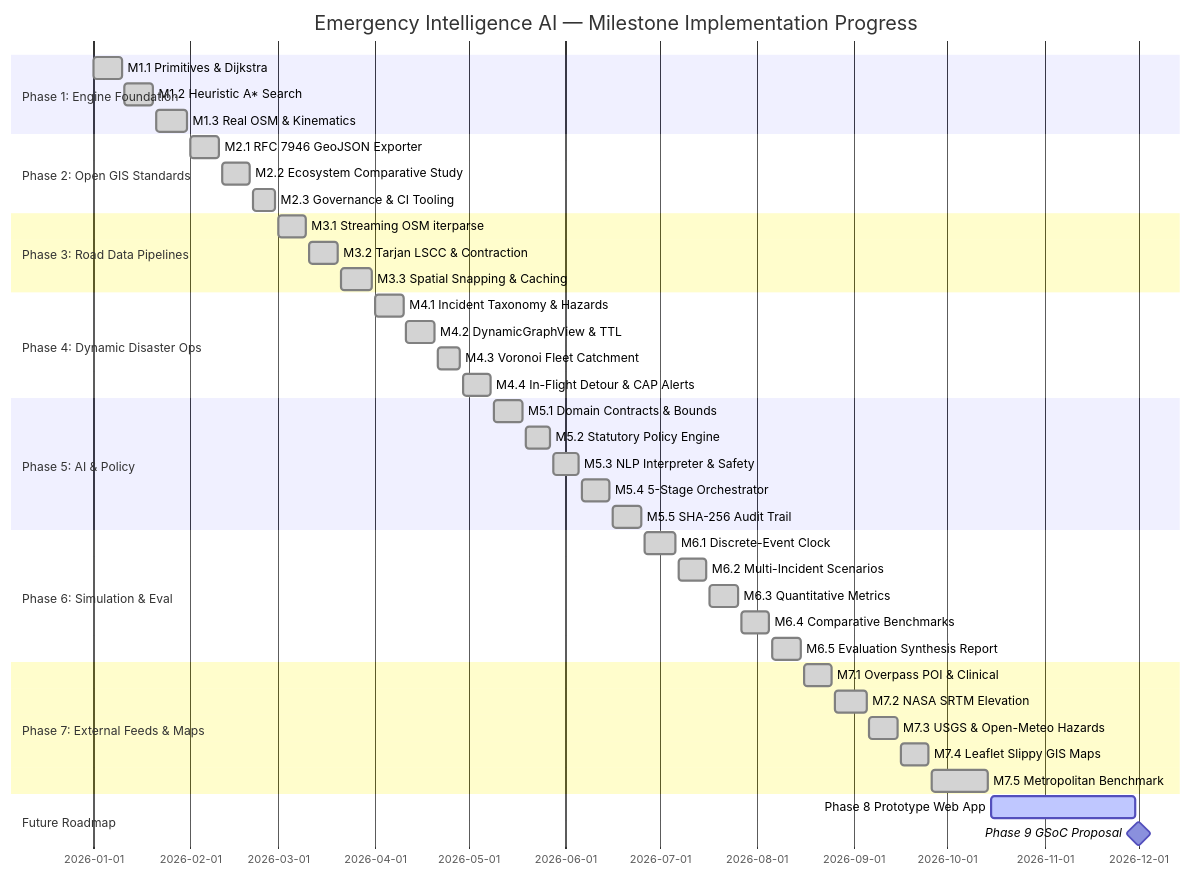
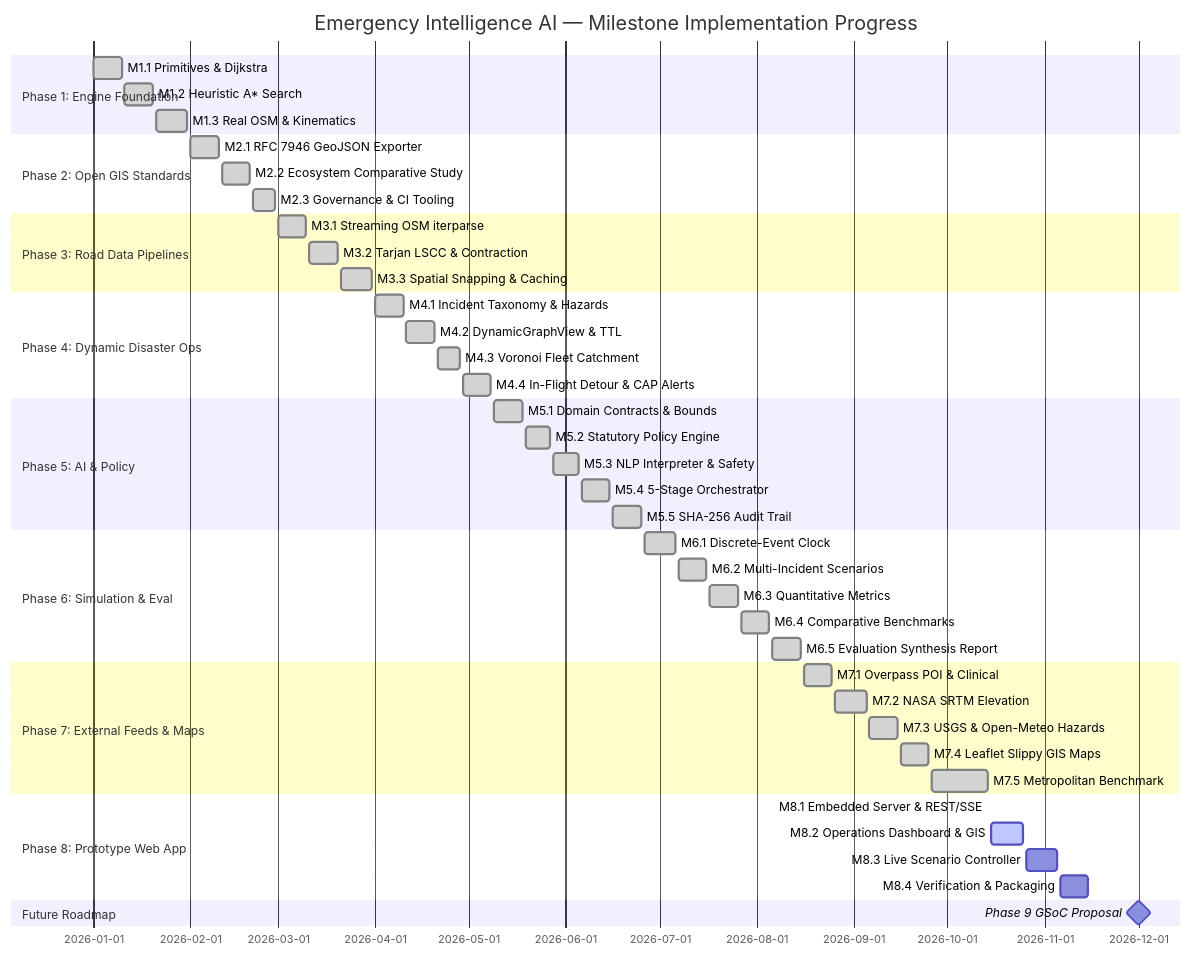
The diagram in updates.md (Akshay-18253/Emergency-Intelligence-AI), drawn with Mermaid before and after one commit. The commit also changed other lines of this file and 11 other files, not shown here.

Commit message:
feat(app): implement zero-dependency embedded HTTP server & REST/SSE gateway (Milestone 8.1)

````diff
--- a/updates.md
+++ b/updates.md
@@ -84,43 +85,47 @@
 ```mermaid
 gantt
     title Emergency Intelligence AI — Milestone Implementation Progress
     dateFormat  YYYY-MM-DD
     section Phase 1: Engine Foundation
     M1.1 Primitives & Dijkstra       :done, p1_1, 2026-01-01, 2026-01-10
     M1.2 Heuristic A* Search        :done, p1_2, 2026-01-11, 2026-01-20
     M1.3 Real OSM & Kinematics       :done, p1_3, 2026-01-21, 2026-01-31
     section Phase 2: Open GIS Standards
     M2.1 RFC 7946 GeoJSON Exporter   :done, p2_1, 2026-02-01, 2026-02-10
     M2.2 Ecosystem Comparative Study :done, p2_2, 2026-02-11, 2026-02-20
     M2.3 Governance & CI Tooling     :done, p2_3, 2026-02-21, 2026-02-28
     section Phase 3: Road Data Pipelines
     M3.1 Streaming OSM iterparse     :done, p3_1, 2026-03-01, 2026-03-10
     M3.2 Tarjan LSCC & Contraction   :done, p3_2, 2026-03-11, 2026-03-20
     M3.3 Spatial Snapping & Caching  :done, p3_3, 2026-03-21, 2026-03-31
     section Phase 4: Dynamic Disaster Ops
     M4.1 Incident Taxonomy & Hazards :done, p4_1, 2026-04-01, 2026-04-10
     M4.2 DynamicGraphView & TTL      :done, p4_2, 2026-04-11, 2026-04-20
     M4.3 Voronoi Fleet Catchment     :done, p4_3, 2026-04-21, 2026-04-28
     M4.4 In-Flight Detour & CAP Alerts:done, p4_4, 2026-04-29, 2026-05-08
     section Phase 5: AI & Policy
     M5.1 Domain Contracts & Bounds   :done, p5_1, 2026-05-09, 2026-05-18
     M5.2 Statutory Policy Engine     :done, p5_2, 2026-05-19, 2026-05-27
     M5.3 NLP Interpreter & Safety    :done, p5_3, 2026-05-28, 2026-06-05
     M5.4 5-Stage Orchestrator        :done, p5_4, 2026-06-06, 2026-06-15
     M5.5 SHA-256 Audit Trail         :done, p5_5, 2026-06-16, 2026-06-25
     section Phase 6: Simulation & Eval
     M6.1 Discrete-Event Clock        :done, p6_1, 2026-06-26, 2026-07-06
     M6.2 Multi-Incident Scenarios    :done, p6_2, 2026-07-07, 2026-07-16
     M6.3 Quantitative Metrics        :done, p6_3, 2026-07-17, 2026-07-26
     M6.4 Comparative Benchmarks      :done, p6_4, 2026-07-27, 2026-08-05
     M6.5 Evaluation Synthesis Report :done, p6_5, 2026-08-06, 2026-08-15
     section Phase 7: External Feeds & Maps
     M7.1 Overpass POI & Clinical     :done, p7_1, 2026-08-16, 2026-08-25
     M7.2 NASA SRTM Elevation         :done, p7_2, 2026-08-26, 2026-09-05
     M7.3 USGS & Open-Meteo Hazards   :done, p7_3, 2026-09-06, 2026-09-15
     M7.4 Leaflet Slippy GIS Maps     :done, p7_4, 2026-09-16, 2026-09-25
     M7.5 Metropolitan Benchmark      :done, p7_5, 2026-09-26, 2026-10-14
+    section Phase 8: Prototype Web App
+    M8.1 Embedded Server & REST/SSE  :done, p8_1, 2026-10-14, 2026-10-14
+    M8.2 Operations Dashboard & GIS  :active, p8_2, 2026-10-15, 2026-10-25
+    M8.3 Live Scenario Controller    :p8_3, 2026-10-26, 2026-11-05
+    M8.4 Verification & Packaging    :p8_4, 2026-11-06, 2026-11-15
     section Future Roadmap
-    Phase 8 Prototype Web App        :active, p8, 2026-10-15, 2026-11-30
     Phase 9 GSoC Proposal            :milestone, p9, 2026-12-01, 2026-12-01
 ```
````
